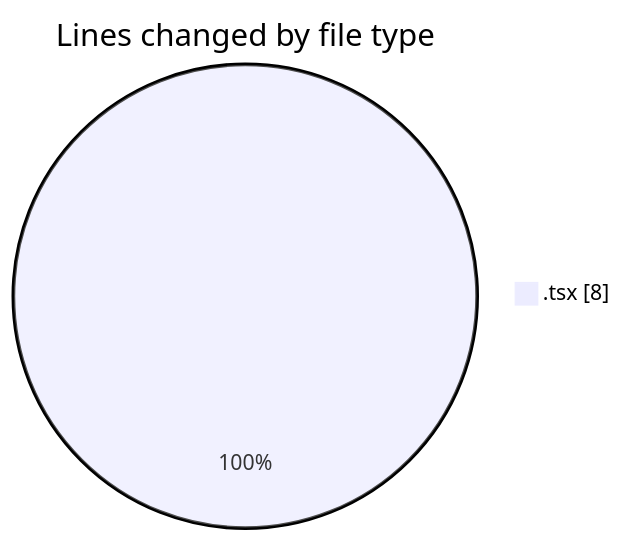
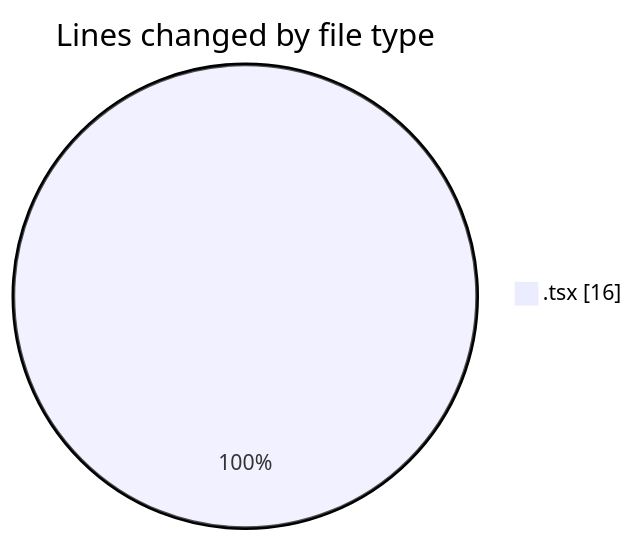
Before and after one commit to lephambinh05/code-tracking: the first of 2 diagrams in 2025-09-05/hiai-phf/README.md, drawn with Mermaid. The commit also changed other lines of this file and 1 other file, not shown here.

````diff
--- a/2025-09-05/hiai-phf/README.md
+++ b/2025-09-05/hiai-phf/README.md
@@ -20,5 +20,5 @@
 ```mermaid
 pie showData
 title Lines changed by file type
-".tsx" : 8
+".tsx" : 16
 ```
````
